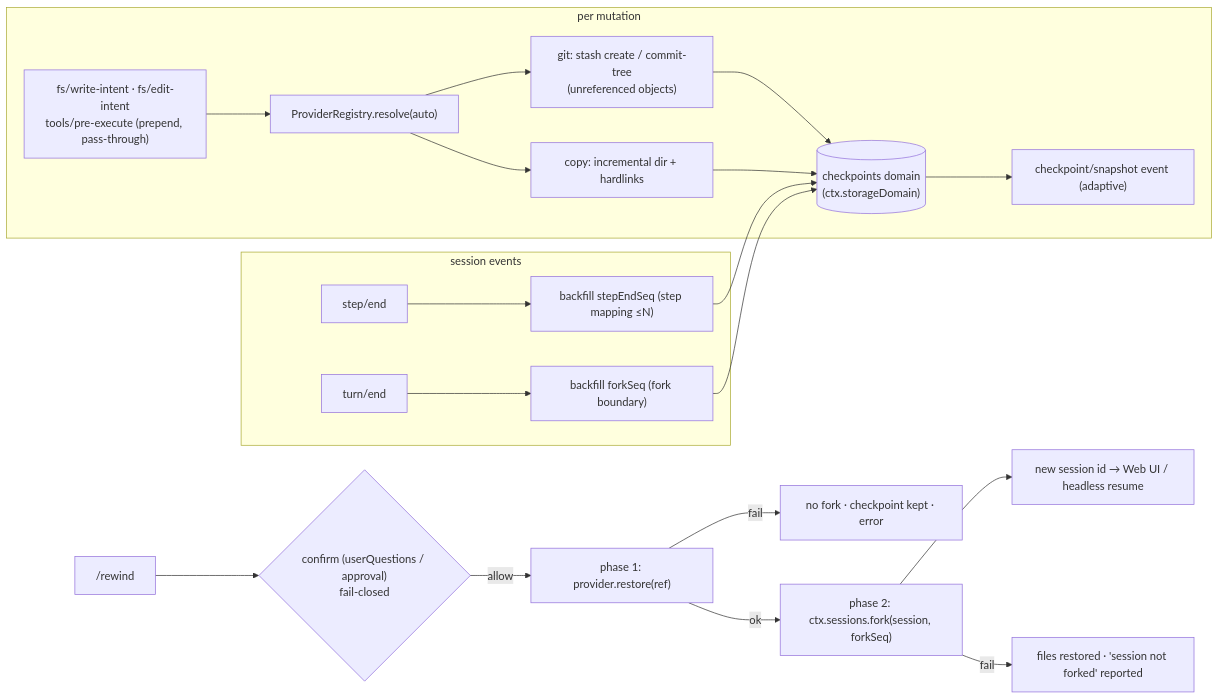
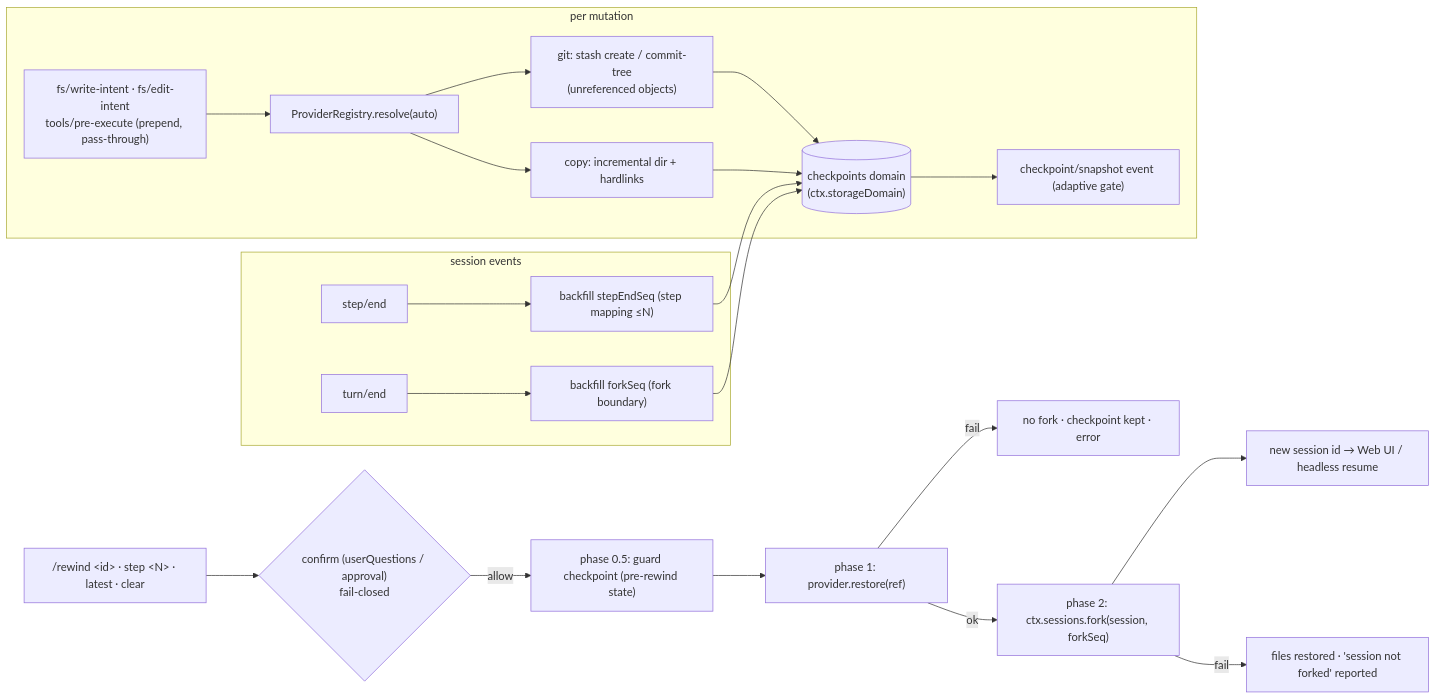
Before and after one commit to PerryLink/dsh-checkpoint-rewind: the diagram in README.md, drawn with Mermaid. The commit also changed other lines of this file and 8 other files, not shown here.

Commit message:
docs: 0.3.0 —— 五语 README（保护检查点/寻址语法/增量配额/verifyByHash/门 v2/clear）、ARCHITECTURE D9-D13 决策、CHANGELOG、SECURITY 三段式模型、AGENTS 纪律更新

````diff
--- a/README.md
+++ b/README.md
@@ -172,23 +185,24 @@
 ```mermaid
 flowchart LR
   subgraph capture["per mutation"]
     A["fs/write-intent · fs/edit-intent<br/>tools/pre-execute (prepend, pass-through)"] --> B["ProviderRegistry.resolve(auto)"]
     B --> C["git: stash create / commit-tree<br/>(unreferenced objects)"]
     B --> D["copy: incremental dir + hardlinks"]
     C --> E[("checkpoints domain<br/>(ctx.storageDomain)")]
     D --> E
-    E --> F["checkpoint/snapshot event (adaptive)"]
+    E --> F["checkpoint/snapshot event (adaptive gate)"]
   end
   subgraph session["session events"]
     G["step/end"] --> H["backfill stepEndSeq (step mapping ≤N)"]
     I["turn/end"] --> J["backfill forkSeq (fork boundary)"]
     H --> E
     J --> E
   end
-  K["/rewind <id>"] --> L{"confirm (userQuestions / approval)<br/>fail-closed"}
-  L -->|allow| M["phase 1: provider.restore(ref)"]
-  M -->|ok| N["phase 2: ctx.sessions.fork(session, forkSeq)"]
-  N --> O["new session id → Web UI / headless resume"]
-  M -->|fail| P["no fork · checkpoint kept · error"]
-  N -->|fail| Q["files restored · 'session not forked' reported"]
+  K["/rewind &lt;id&gt; · step &lt;N&gt; · latest · clear"] --> L{"confirm (userQuestions / approval)<br/>fail-closed"}
+  L -->|allow| M["phase 0.5: guard checkpoint (pre-rewind state)"]
+  M --> N["phase 1: provider.restore(ref)"]
+  N -->|ok| O["phase 2: ctx.sessions.fork(session, forkSeq)"]
+  O --> P["new session id → Web UI / headless resume"]
+  N -->|fail| Q["no fork · checkpoint kept · error"]
+  O -->|fail| R["files restored · 'session not forked' reported"]
 ```
````
